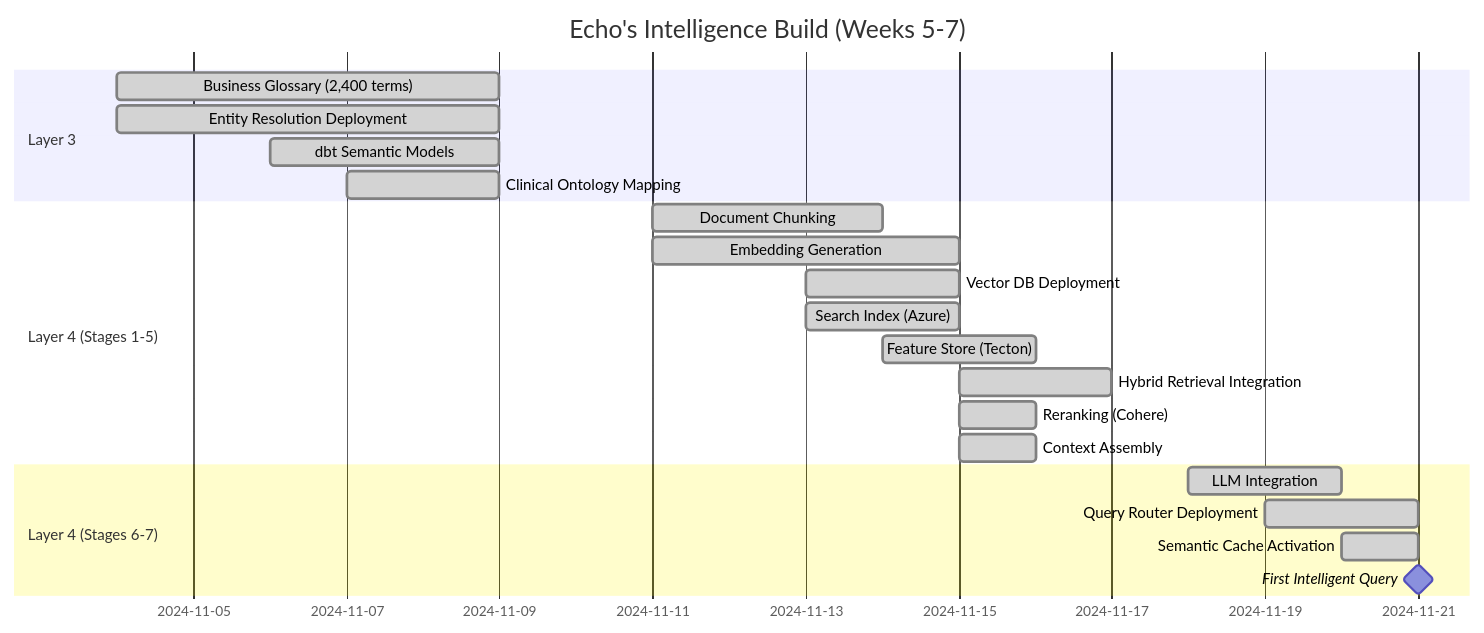
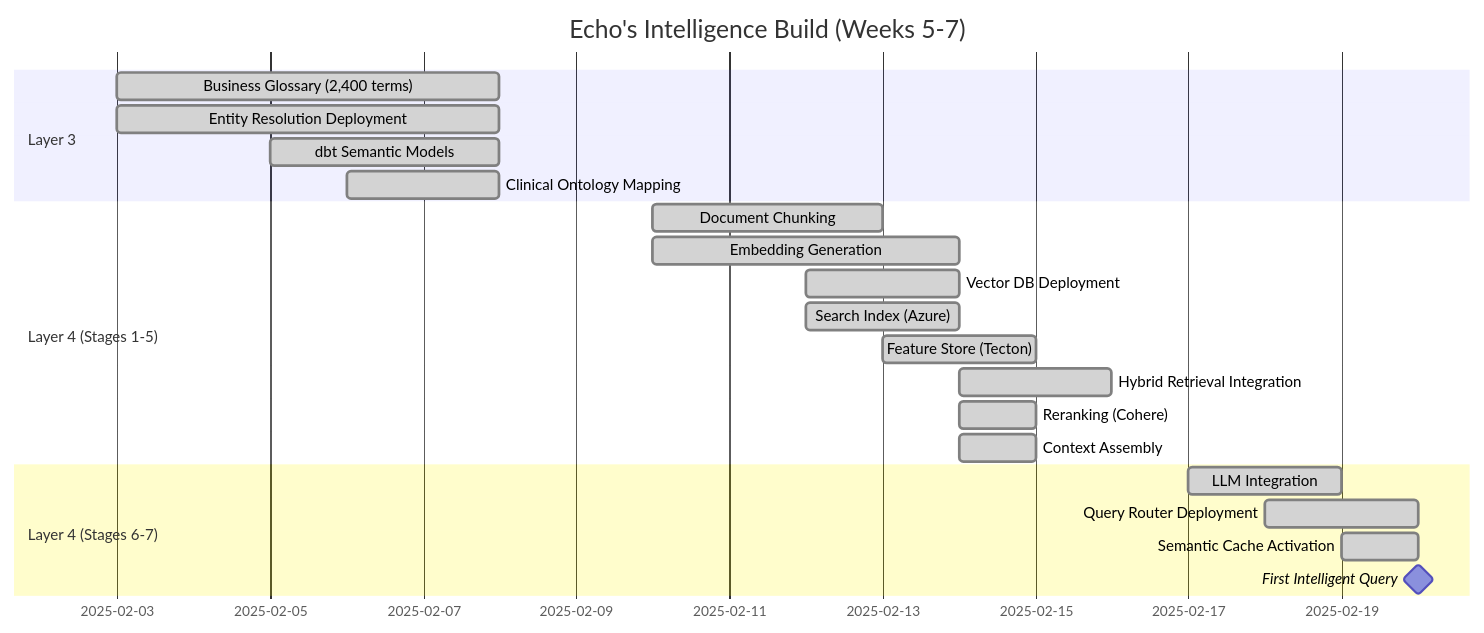
Diagram 11 of 13 in manuscript/06_chapter_5_intelligence_layers.md (saitejesh-cyber/trust-before-intelligence-book), drawn with Mermaid before and after one commit. The commit also changed other lines of this file and 5 other files, not shown here.

````diff
--- a/manuscript/06_chapter_5_intelligence_layers.md
+++ b/manuscript/06_chapter_5_intelligence_layers.md
@@ -1134,27 +1114,27 @@
 ```mermaid
 gantt
     title Echo's Intelligence Build (Weeks 5-7)
-    dateFormat  YYYY-MM-DD
+    dateFormat  MM-DD
     
     section Layer 3
-    Business Glossary (2,400 terms)    :done, w5a, 2024-11-04, 5d
-    Entity Resolution Deployment       :done, w5b, 2024-11-04, 5d
-    dbt Semantic Models               :done, w5c, 2024-11-06, 3d
-    Clinical Ontology Mapping         :done, w5d, 2024-11-07, 2d
+    Business Glossary (2,400 terms)    :done, w5a, 02-03, 5d
+    Entity Resolution Deployment       :done, w5b, 02-03, 5d
+    dbt Semantic Models               :done, w5c, 02-05, 3d
+    Clinical Ontology Mapping         :done, w5d, 02-06, 2d
     
     section Layer 4 (Stages 1-5)
-    Document Chunking                 :done, w6a, 2024-11-11, 3d
-    Embedding Generation              :done, w6b, 2024-11-11, 4d
-    Vector DB Deployment              :done, w6c, 2024-11-13, 2d
-    Search Index (Azure)              :done, w6d, 2024-11-13, 2d
-    Feature Store (Tecton)            :done, w6e, 2024-11-14, 2d
-    Hybrid Retrieval Integration      :done, w6f, 2024-11-15, 2d
-    Reranking (Cohere)                :done, w6g, 2024-11-15, 1d
-    Context Assembly                  :done, w6h, 2024-11-15, 1d
+    Document Chunking                 :done, w6a, 02-10, 3d
+    Embedding Generation              :done, w6b, 02-10, 4d
+    Vector DB Deployment              :done, w6c, 02-12, 2d
+    Search Index (Azure)              :done, w6d, 02-12, 2d
+    Feature Store (Tecton)            :done, w6e, 02-13, 2d
+    Hybrid Retrieval Integration      :done, w6f, 02-14, 2d
+    Reranking (Cohere)                :done, w6g, 02-14, 1d
+    Context Assembly                  :done, w6h, 02-14, 1d
     
     section Layer 4 (Stages 6-7)
-    LLM Integration                   :done, w7a, 2024-11-18, 2d
-    Query Router Deployment           :done, w7b, 2024-11-19, 2d
-    Semantic Cache Activation         :done, w7c, 2024-11-20, 1d
-    First Intelligent Query           :milestone, m1, 2024-11-21, 0d
+    LLM Integration                   :done, w7a, 02-17, 2d
+    Query Router Deployment           :done, w7b, 02-18, 2d
+    Semantic Cache Activation         :done, w7c, 02-19, 1d
+    First Intelligent Query           :milestone, m1, 02-20, 0d
 ```
````
